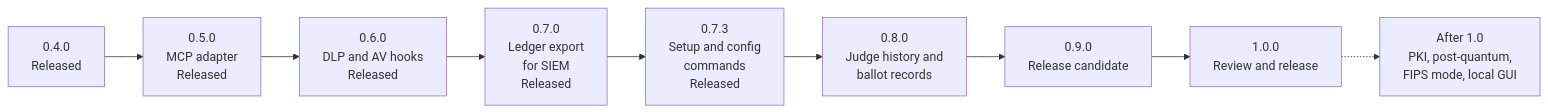
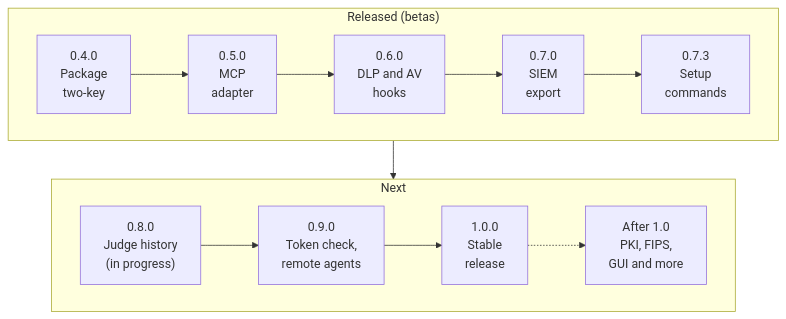
The fourth of 4 diagrams in README.md (Insomniac-VibeLabs/two-key), drawn with Mermaid before and after one commit. The commit also changed other lines of this file and 2 other files, not shown here.

Commit message:
Roadmap diagrams in two rows that fit; 0.9.0 the last beta, 1.0.0 the first stable release
Claude-Session: https://claude.ai/code/session_011biw9Ed3iKUR9daCby2BvB

````diff
--- a/README.md
+++ b/README.md
@@ -676,11 +676,12 @@
 ```mermaid
-flowchart LR
-  r04["0.4.0<br/>Released"] --> r05["0.5.0<br/>MCP adapter<br/>Released"]
-  r05 --> r06["0.6.0<br/>DLP and AV hooks<br/>Released"]
-  r06 --> r07["0.7.0<br/>Ledger export<br/>for SIEM<br/>Released"]
-  r07 --> r073["0.7.3<br/>Setup and config<br/>commands<br/>Released"]
-  r073 --> r08["0.8.0<br/>Judge history and<br/>ballot records"]
-  r08 --> r09["0.9.0<br/>Release candidate"]
-  r09 --> r10["1.0.0<br/>Review and release"]
-  r10 -.-> after["After 1.0<br/>PKI, post-quantum,<br/>FIPS mode, local GUI"]
+flowchart TD
+  subgraph done["Released (betas)"]
+    direction LR
+    r04["0.4.0<br/>Package<br/>two-key"] --> r05["0.5.0<br/>MCP<br/>adapter"] --> r06["0.6.0<br/>DLP and AV<br/>hooks"] --> r07["0.7.0<br/>SIEM<br/>export"] --> r073["0.7.3<br/>Setup<br/>commands"]
+  end
+  subgraph next["Next"]
+    direction LR
+    r08["0.8.0<br/>Judge history<br/>(in progress)"] --> r09["0.9.0<br/>Token check,<br/>remote agents"] --> r10["1.0.0<br/>Stable<br/>release"] -.-> after["After 1.0<br/>PKI, FIPS,<br/>GUI and more"]
+  end
+  done --> next
 ```
````
